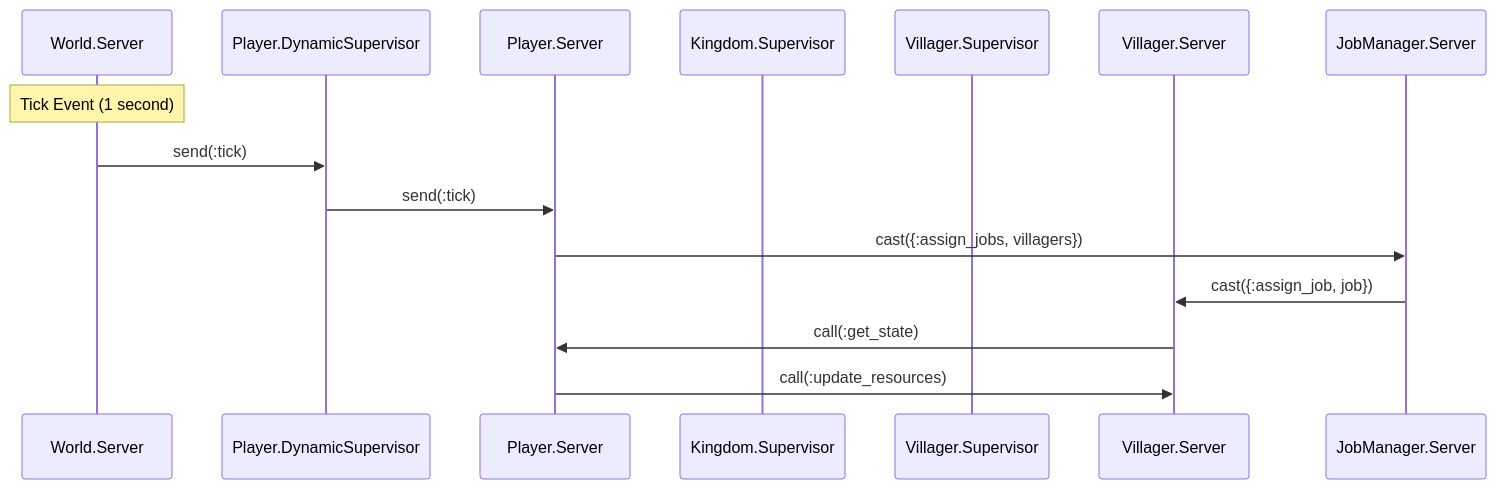
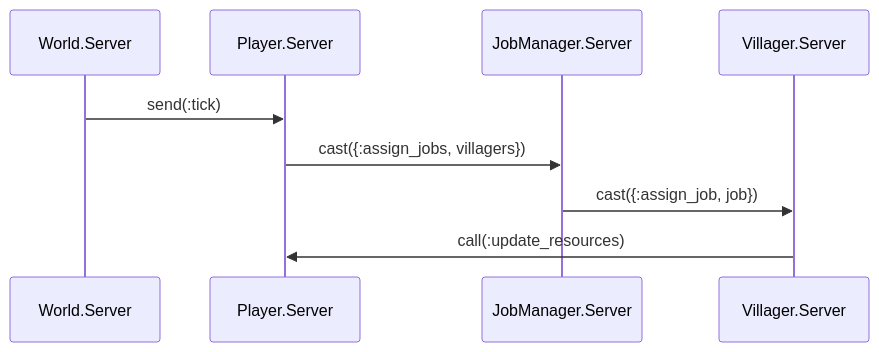
The second of 2 diagrams in docs/architecture.md (ccarvalho-eng/everstead), drawn with Mermaid before and after one commit. The commit also changed other lines of this file, not shown here.

First line of the commit message:
docs: simplify architecture to remove duplication and verbosity

````diff
--- a/docs/architecture.md
+++ b/docs/architecture.md
@@ -66,18 +43,12 @@
 ```mermaid
 sequenceDiagram
     participant WS as World.Server
-    participant PDS as Player.DynamicSupervisor
     participant PS as Player.Server
-    participant KS as Kingdom.Supervisor
-    participant VS as Villager.Supervisor
-    participant VServ as Villager.Server
     participant JMS as JobManager.Server
+    participant VS as Villager.Server
     
-    Note over WS: Tick Event (1 second)
-    WS->>PDS: send(:tick)
-    PDS->>PS: send(:tick)
+    WS->>PS: send(:tick)
     PS->>JMS: cast({:assign_jobs, villagers})
-    JMS->>VServ: cast({:assign_job, job})
-    VServ->>PS: call(:get_state)
-    PS->>VServ: call(:update_resources)
+    JMS->>VS: cast({:assign_job, job})
+    VS->>PS: call(:update_resources)
 ```
````
